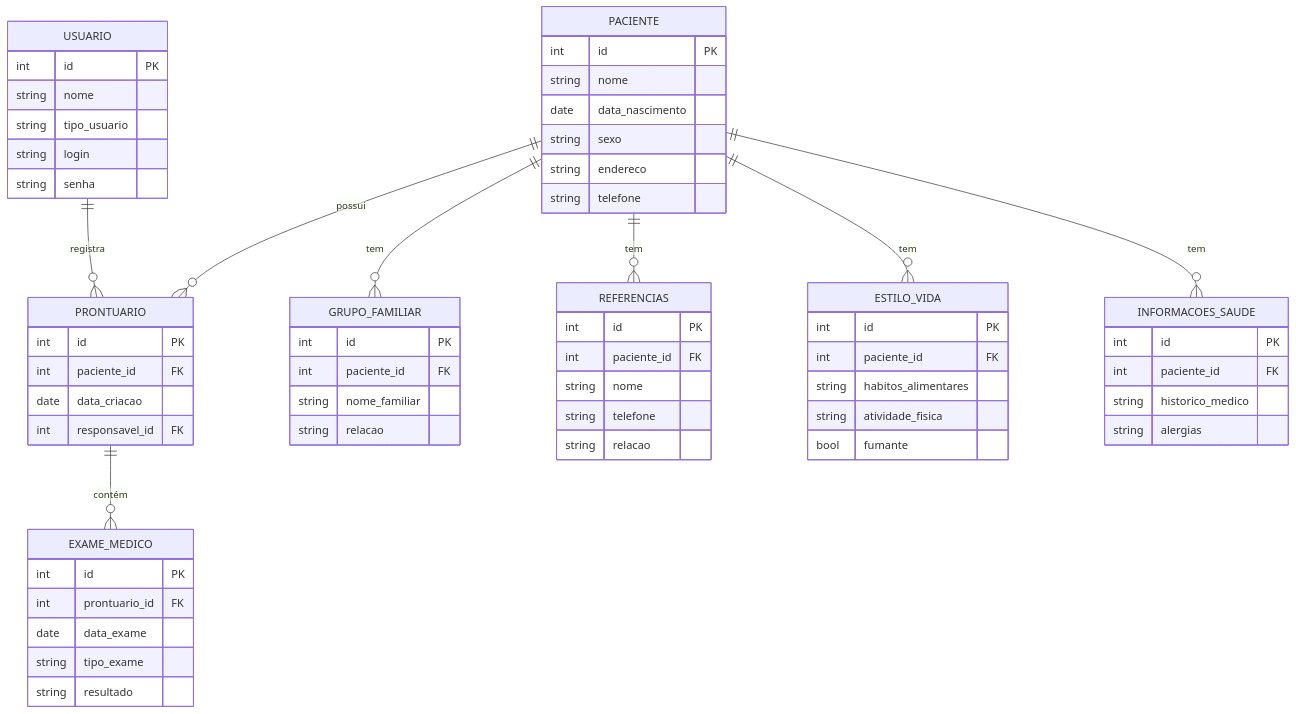
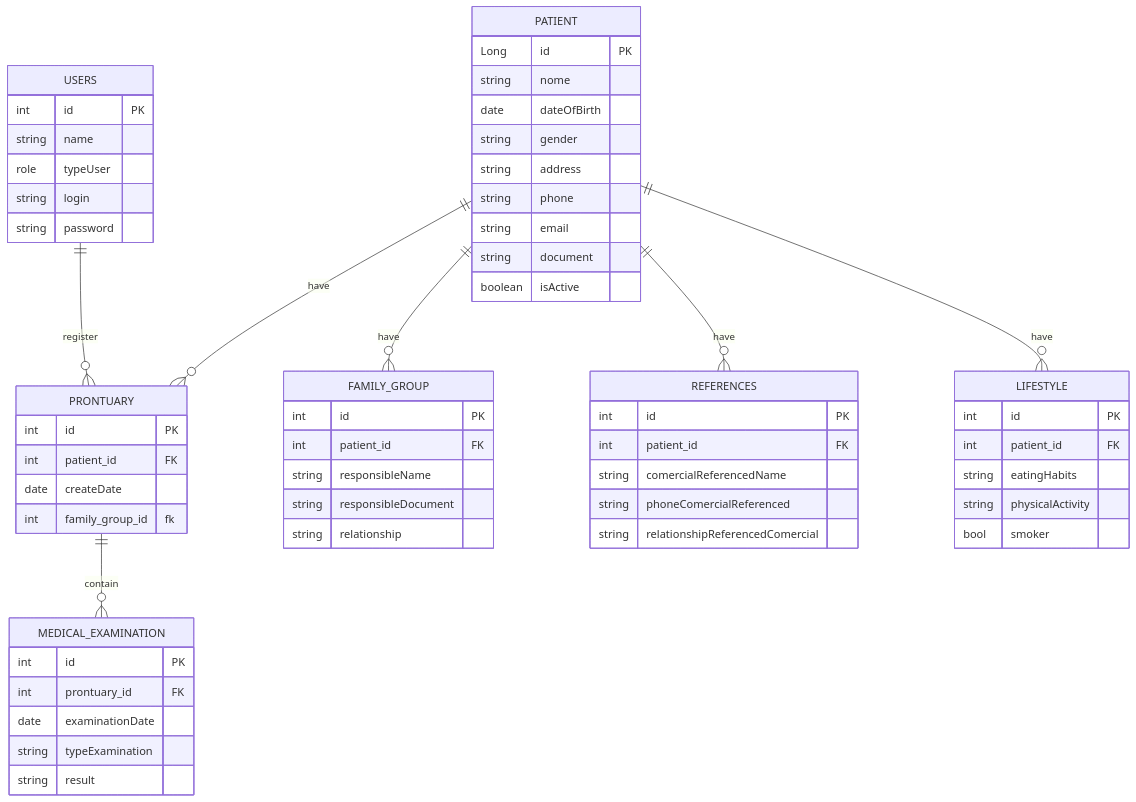
Before and after one commit to williansql/ProjetoPessoal-Curso-DIO-HealthStatus: the second of 2 diagrams in README.md, drawn with Mermaid.

Commit message:
Update README.md
Atualização do diagrama de classes

````diff
--- a/README.md
+++ b/README.md
@@ -57,72 +57,68 @@
 ```mermaid
 erDiagram
-    PACIENTE {
-        int id PK
+     PATIENT {
+        Long id PK
         string nome
-        date data_nascimento
-        string sexo
-        string endereco
-        string telefone
+        date dateOfBirth
+        string gender
+        string address
+        string phone
+        string email
+        string document
+        boolean isActive
     }
 
-    PRONTUARIO {
+    PRONTUARY {
         int id PK
-        int paciente_id FK
-        date data_criacao
-        int responsavel_id FK
+        int patient_id FK
+        date createDate
+        int family_group_id fk
     }
 
-    EXAME_MEDICO {
+     MEDICAL_EXAMINATION{
         int id PK
-        int prontuario_id FK
-        date data_exame
-        string tipo_exame
-        string resultado
+        int prontuary_id FK
+        date examinationDate
+        string typeExamination
+        string result
     }
 
-    GRUPO_FAMILIAR {
+    FAMILY_GROUP {
         int id PK
-        int paciente_id FK
-        string nome_familiar
-        string relacao
+        int patient_id FK
+        string responsibleName
+        string responsibleDocument
+        string relationship
     }
 
-    REFERENCIAS {
+    REFERENCES {
         int id PK
-        int paciente_id FK
-        string nome
-        string telefone
-        string relacao
+        int patient_id FK
+        string comercialReferencedName
+        string phoneComercialReferenced
+        string relationshipReferencedComercial
     }
 
-    ESTILO_VIDA {
+    LIFESTYLE {
         int id PK
-        int paciente_id FK
-        string habitos_alimentares
-        string atividade_fisica
-        bool fumante
+        int patient_id FK
+        string eatingHabits
+        string physicalActivity
+        bool smoker
     }
 
-    INFORMACOES_SAUDE {
+    USERS {
         int id PK
-        int paciente_id FK
-        string historico_medico
-        string alergias
+        string name
+        role typeUser
+        string login
+        string password
     }
 
-    USUARIO {
-        int id PK
-        string nome
-        string tipo_usuario
-        string login
-        string senha
-    }
-
-    PACIENTE ||--o{ PRONTUARIO : "possui"
-    PRONTUARIO ||--o{ EXAME_MEDICO : "contém"
-    PACIENTE ||--o{ GRUPO_FAMILIAR : "tem"
-    PACIENTE ||--o{ REFERENCIAS : "tem"
-    PACIENTE ||--o{ ESTILO_VIDA : "tem"
-    PACIENTE ||--o{ INFORMACOES_SAUDE : "tem"
-    USUARIO ||--o{ PRONTUARIO : "registra"
+    PATIENT ||--o{ PRONTUARY : "have"
+    PRONTUARY ||--o{ MEDICAL_EXAMINATION : "contain"
+    PATIENT ||--o{ FAMILY_GROUP : "have"
+    PATIENT ||--o{ REFERENCES : "have"
+    PATIENT ||--o{ LIFESTYLE : "have"
+    USERS ||--o{ PRONTUARY : "register"
 ```
````
